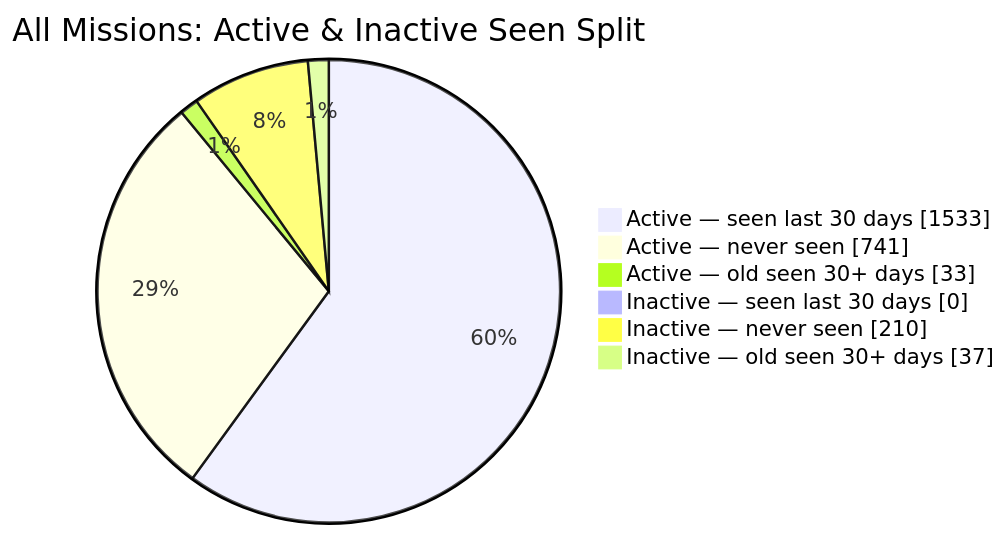
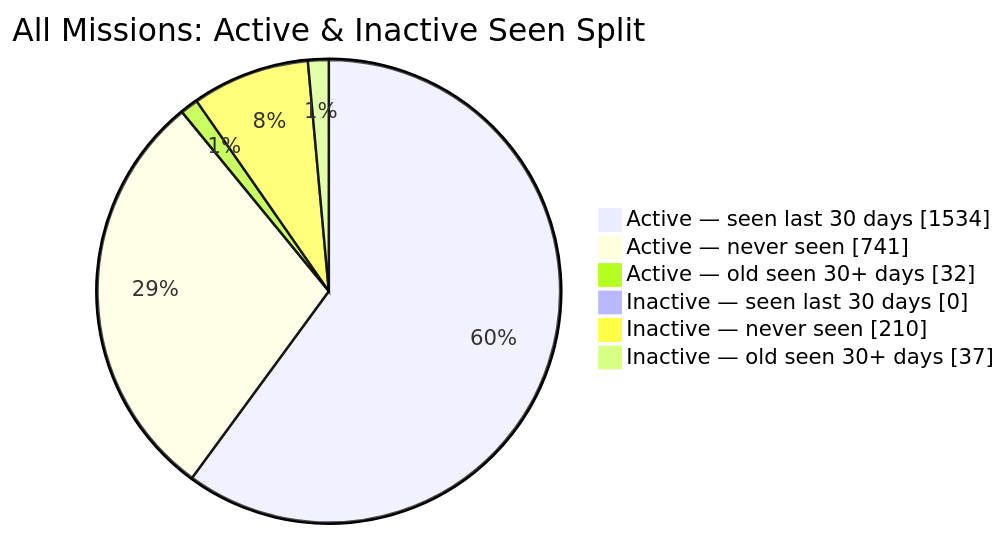
Before and after one commit to MeldkamerspelGameTeam/active-missions: the second of 2 diagrams in README.md, drawn with Mermaid. The commit also changed other lines of this file and 3 other files, not shown here.

````diff
--- a/README.md
+++ b/README.md
@@ -44,10 +44,10 @@
 ```mermaid
 pie showData
     title All Missions: Active & Inactive Seen Split
-    "Active — seen last 30 days" : 1533
+    "Active — seen last 30 days" : 1534
     "Active — never seen" : 741
-    "Active — old seen 30+ days" : 33
+    "Active — old seen 30+ days" : 32
     "Inactive — seen last 30 days" : 0
     "Inactive — never seen" : 210
     "Inactive — old seen 30+ days" : 37
 ```
````
